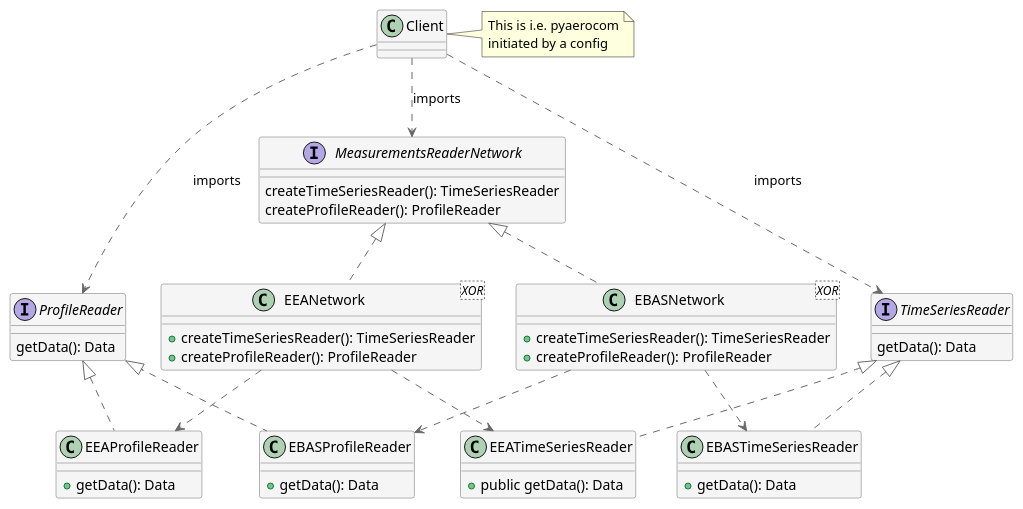
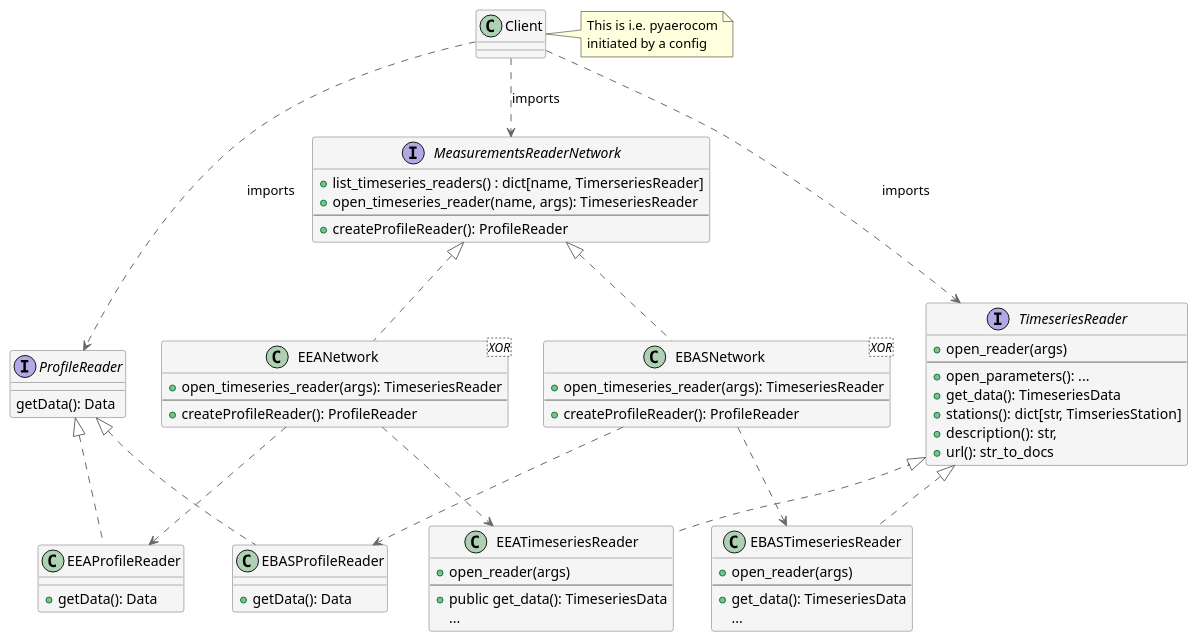
One commit to metno/pyaro changed the diagram in docs/puml/ReaderFactory.puml. Above: the diagram before and after it, drawn with PlantUML. The commit also changed 8 other files, not shown here.

```diff
--- a/docs/puml/ReaderFactory.puml
+++ b/docs/puml/ReaderFactory.puml
@@ -1,78 +1,94 @@
 @startuml
 
 skinparam class {
   backgroundColor whitesmoke
   arrowColor dimgrey
   borderColor dimgrey
 }
 
 ' Abstract Factory Patter
 ' Factory -> MeasurementNetwork
 
 class Client
 note right of Client
 This is i.e. pyaerocom
 initiated by a config
 end note
 
 interface MeasurementsReaderNetwork {
-  createTimeSeriesReader(): TimeSeriesReader
-  createProfileReader(): ProfileReader
+  + list_timeseries_readers() : dict[name, TimerseriesReader]
+  + open_timeseries_reader(name, args): TimeseriesReader
+  --
+  + createProfileReader(): ProfileReader
 }
 
 class EBASNetwork <XOR> {
-  + createTimeSeriesReader(): TimeSeriesReader
+  + open_timeseries_reader(args): TimeseriesReader
+  --
   + createProfileReader(): ProfileReader
 }
 
 class EEANetwork <XOR> {
-  + createTimeSeriesReader(): TimeSeriesReader
+  + open_timeseries_reader(args): TimeseriesReader
+  --
   + createProfileReader(): ProfileReader
 }
 
-interface TimeSeriesReader {
-  getData(): Data
+interface TimeseriesReader {
+  + open_reader(args)
+  --
+  + open_parameters(): ...
+  + get_data(): TimeseriesData
+  + stations(): dict[str, TimseriesStation]
+  + description(): str,
+  + url(): str_to_docs
 }
 
-class EBASTimeSeriesReader {
-  + getData(): Data
+class EBASTimeseriesReader {
+  + open_reader(args)
+  --
+  + get_data(): TimeseriesData
+  ...
 }
 
-class EEATimeSeriesReader {
-  + public getData(): Data
+class EEATimeseriesReader {
+  + open_reader(args)
+  --
+  + public get_data(): TimeseriesData
+  ...
 }
 
 interface ProfileReader {
   getData(): Data
 }
 
 class EBASProfileReader {
   +   getData(): Data
 }
 
 class EEAProfileReader {
   +   getData(): Data
 }
 
 MeasurementsReaderNetwork <|.. EBASNetwork
 MeasurementsReaderNetwork <|.. EEANetwork
 
-TimeSeriesReader <|.. EBASTimeSeriesReader
-TimeSeriesReader <|.. EEATimeSeriesReader
+TimeseriesReader <|.. EBASTimeseriesReader
+TimeseriesReader <|.. EEATimeseriesReader
 
 ProfileReader <|.. EBASProfileReader
 ProfileReader <|.. EEAProfileReader
 
 
 EEANetwork ..> EEAProfileReader
-EEANetwork ..> EEATimeSeriesReader
+EEANetwork ..> EEATimeseriesReader
 
 EBASNetwork ..> EBASProfileReader
-EBASNetwork ..> EBASTimeSeriesReader
+EBASNetwork ..> EBASTimeseriesReader
 
 Client ..> MeasurementsReaderNetwork: imports
-Client ..> TimeSeriesReader : imports
+Client ..> TimeseriesReader : imports
 Client ..> ProfileReader : imports
 
 
 @enduml
```
